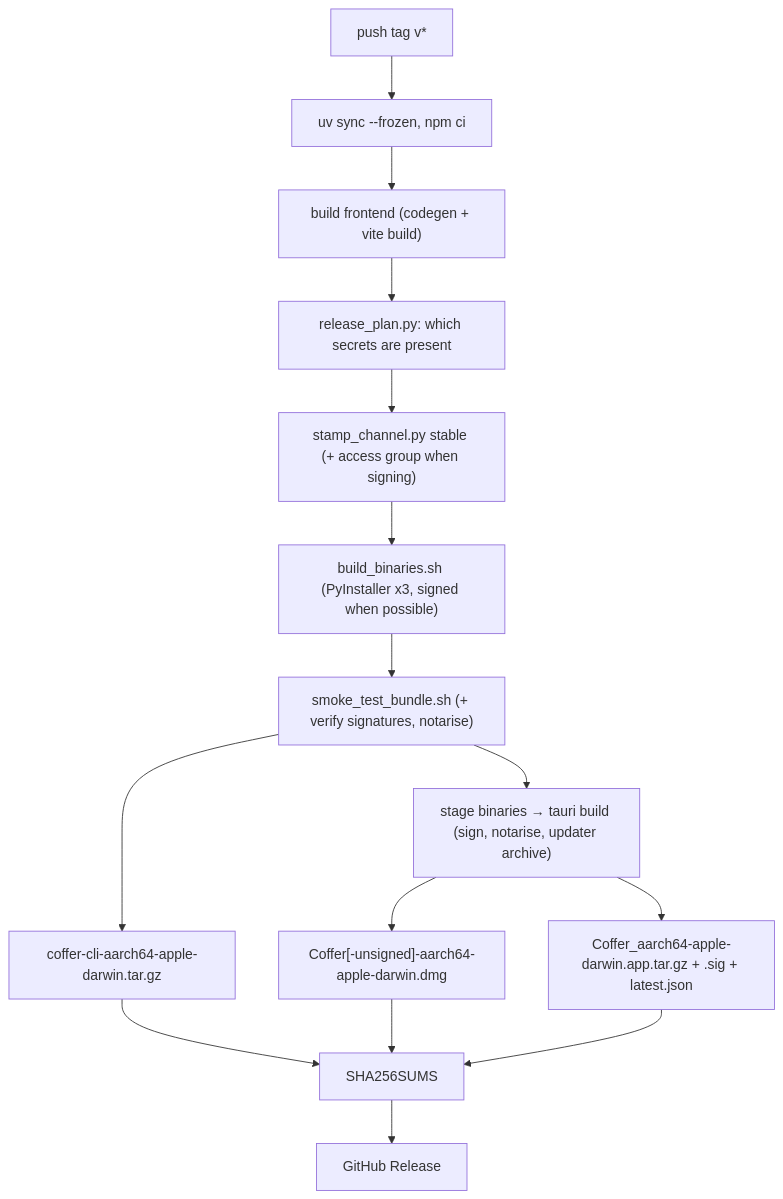
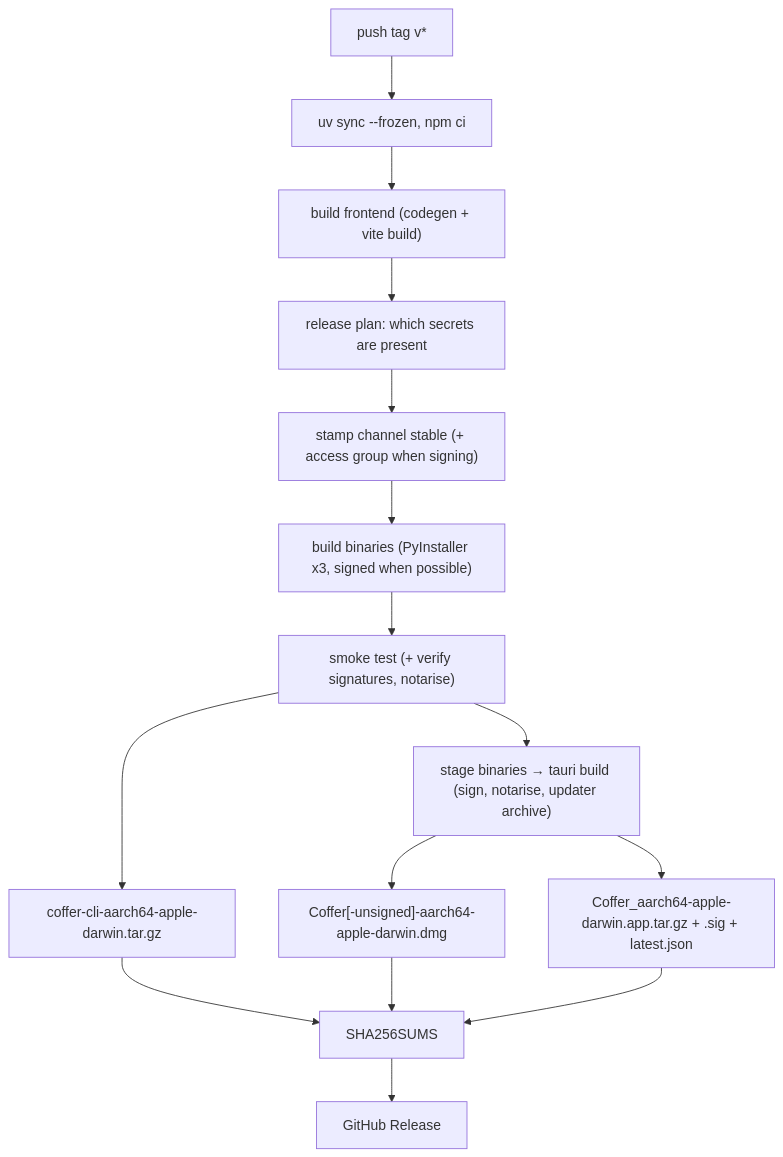
One commit to wyx-sg/Coffer changed the first of 4 diagrams in docs-site/architecture/distribution.md. Above: the diagram before and after it, drawn with Mermaid. The commit also changed other lines of this file and 29 other files, not shown here.

First line of the commit message:
docs(site): explain the architecture in plain terms, without source detail

````diff
--- a/docs-site/architecture/distribution.md
+++ b/docs-site/architecture/distribution.md
@@ -60,17 +62,17 @@
 ```mermaid
 flowchart TD
     T["push tag v*"] --> I["uv sync --frozen, npm ci"]
     I --> F["build frontend (codegen + vite build)"]
-    F --> P["release_plan.py: which secrets are present"]
-    P --> S["stamp_channel.py stable (+ access group when signing)"]
-    S --> B["build_binaries.sh (PyInstaller x3, signed when possible)"]
-    B --> K["smoke_test_bundle.sh (+ verify signatures, notarise)"]
+    F --> P["release plan: which secrets are present"]
+    P --> S["stamp channel stable (+ access group when signing)"]
+    S --> B["build binaries (PyInstaller x3, signed when possible)"]
+    B --> K["smoke test (+ verify signatures, notarise)"]
     K --> A["coffer-cli-aarch64-apple-darwin.tar.gz"]
     K --> D["stage binaries → tauri build (sign, notarise, updater archive)"]
     D --> G["Coffer[-unsigned]-aarch64-apple-darwin.dmg"]
     D --> U["Coffer_aarch64-apple-darwin.app.tar.gz + .sig + latest.json"]
     A --> H["SHA256SUMS"]
     G --> H
     U --> H
     H --> R["GitHub Release"]
 ```
````
